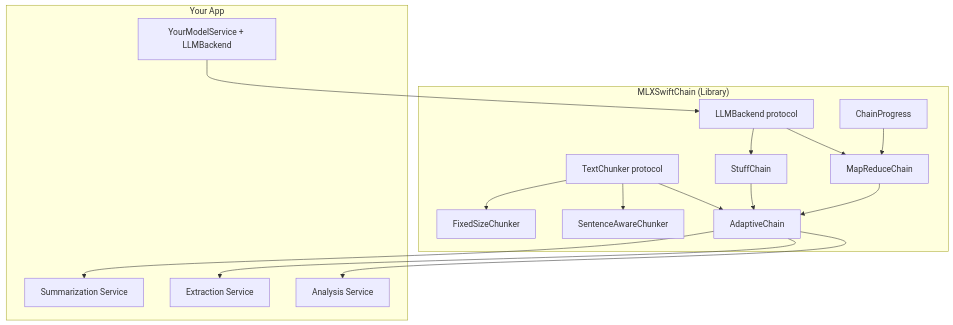
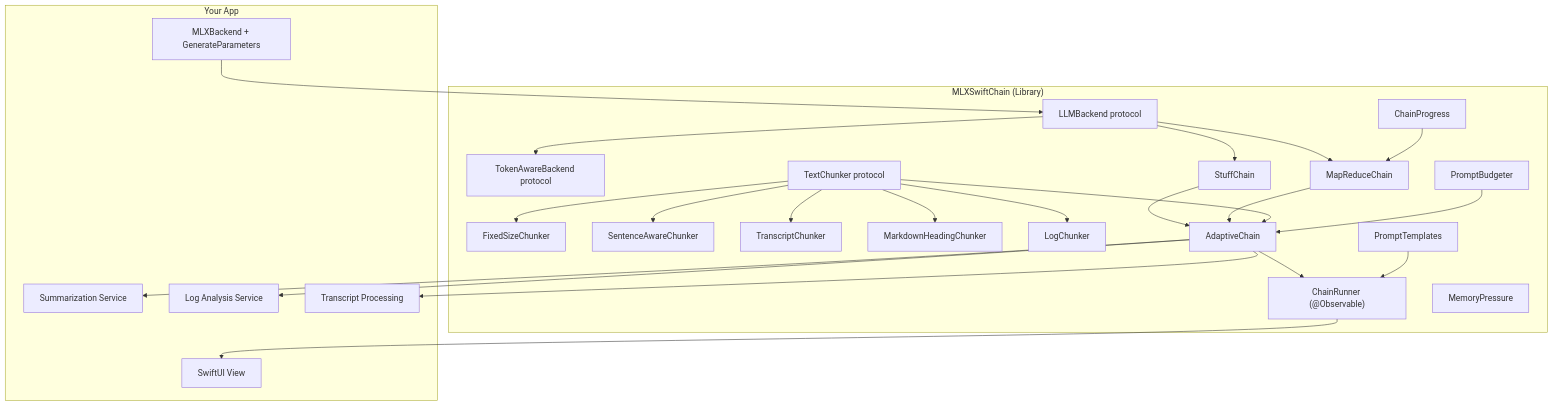
The diagram in docs/architecture.md (joelnishanth/mlx-swift-chain), drawn with Mermaid before and after one commit. The commit also changed other lines of this file and 1 other file, not shown here.

First line of the commit message:
Harden CI and finalize architecture docs

````diff
--- a/docs/architecture.md
+++ b/docs/architecture.md
@@ -5,34 +5,51 @@
 ```mermaid
 graph TD
     subgraph lib ["MLXSwiftChain (Library)"]
         LLMBackend["LLMBackend protocol"]
+        TokenAwareBackend["TokenAwareBackend protocol"]
         TextChunker["TextChunker protocol"]
         FixedChunker["FixedSizeChunker"]
         SentenceChunker["SentenceAwareChunker"]
+        TranscriptChunker["TranscriptChunker"]
+        MarkdownChunker["MarkdownHeadingChunker"]
+        LogChunker["LogChunker"]
         StuffChain["StuffChain"]
         MapReduceChain["MapReduceChain"]
         AdaptiveChain["AdaptiveChain"]
+        PromptBudgeter["PromptBudgeter"]
         ChainProgress["ChainProgress"]
+        ChainRunner["ChainRunner (@Observable)"]
+        PromptTemplates["PromptTemplates"]
+        MemoryCheck["MemoryPressure"]
 
         TextChunker --> FixedChunker
         TextChunker --> SentenceChunker
+        TextChunker --> TranscriptChunker
+        TextChunker --> MarkdownChunker
+        TextChunker --> LogChunker
+        LLMBackend --> TokenAwareBackend
         LLMBackend --> StuffChain
         LLMBackend --> MapReduceChain
         StuffChain --> AdaptiveChain
         MapReduceChain --> AdaptiveChain
         TextChunker --> AdaptiveChain
+        PromptBudgeter --> AdaptiveChain
         ChainProgress --> MapReduceChain
+        AdaptiveChain --> ChainRunner
+        PromptTemplates --> ChainRunner
     end
 
     subgraph app ["Your App"]
-        MLXAdapter["YourModelService + LLMBackend"]
+        MLXAdapter["MLXBackend + GenerateParameters"]
         Service1["Summarization Service"]
-        Service2["Extraction Service"]
-        Service3["Analysis Service"]
+        Service2["Log Analysis Service"]
+        Service3["Transcript Processing"]
+        SwiftUI["SwiftUI View"]
     end
 
     MLXAdapter --> LLMBackend
     AdaptiveChain --> Service1
     AdaptiveChain --> Service2
     AdaptiveChain --> Service3
+    ChainRunner --> SwiftUI
 ```
````
